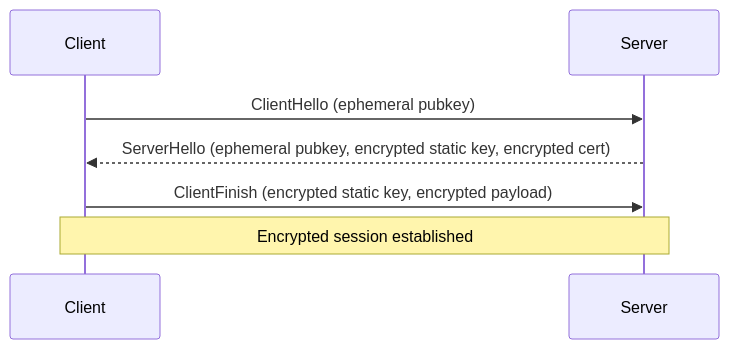
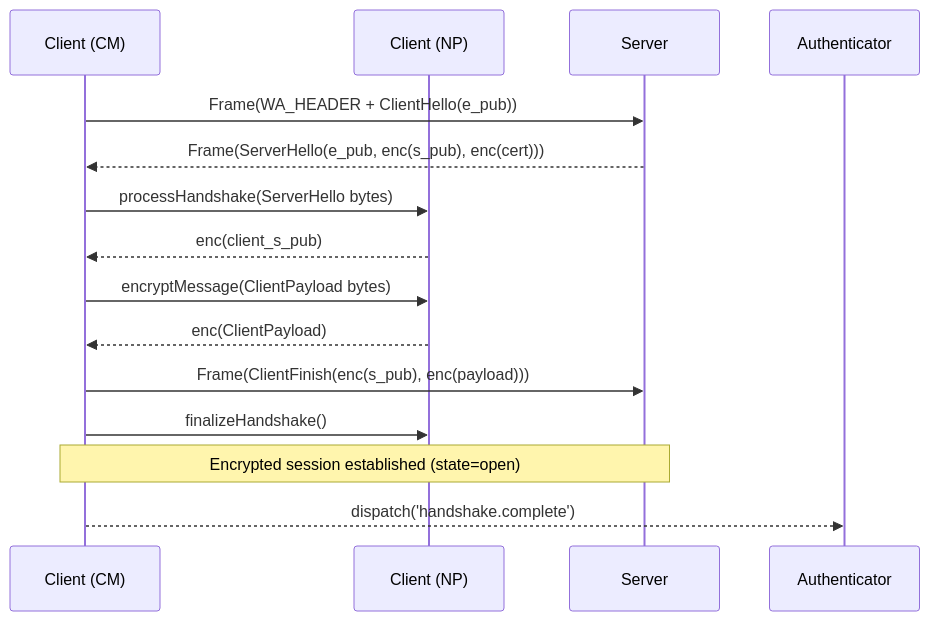
One commit to jlucaso1/wha.ts changed the first of 2 diagrams in docs/connection-and-pairing.md. Above: the diagram before and after it, drawn with Mermaid. The commit also changed other lines of this file and 35 other files, not shown here.

````diff
--- a/docs/connection-and-pairing.md
+++ b/docs/connection-and-pairing.md
@@ -67,10 +61,17 @@
 ```mermaid
 sequenceDiagram
-    participant Client
+    participant Client (CM)
+    participant Client (NP)
     participant Server
 
-    Client->>Server: ClientHello (ephemeral pubkey)
-    Server-->>Client: ServerHello (ephemeral pubkey, encrypted static key, encrypted cert)
-    Client->>Server: ClientFinish (encrypted static key, encrypted payload)
-    Note over Client,Server: Encrypted session established
+    Client (CM)->>Server: Frame(WA_HEADER + ClientHello(e_pub))
+    Server-->>Client (CM): Frame(ServerHello(e_pub, enc(s_pub), enc(cert)))
+    Client (CM)->>Client (NP): processHandshake(ServerHello bytes)
+    Client (NP)-->>Client (CM): enc(client_s_pub)
+    Client (CM)->>Client (NP): encryptMessage(ClientPayload bytes)
+    Client (NP)-->>Client (CM): enc(ClientPayload)
+    Client (CM)->>Server: Frame(ClientFinish(enc(s_pub), enc(payload)))
+    Client (CM)->>Client (NP): finalizeHandshake()
+    Note over Client (CM),Server: Encrypted session established (state=open)
+    Client (CM)-->>Authenticator: dispatch('handshake.complete')
 ```
````
